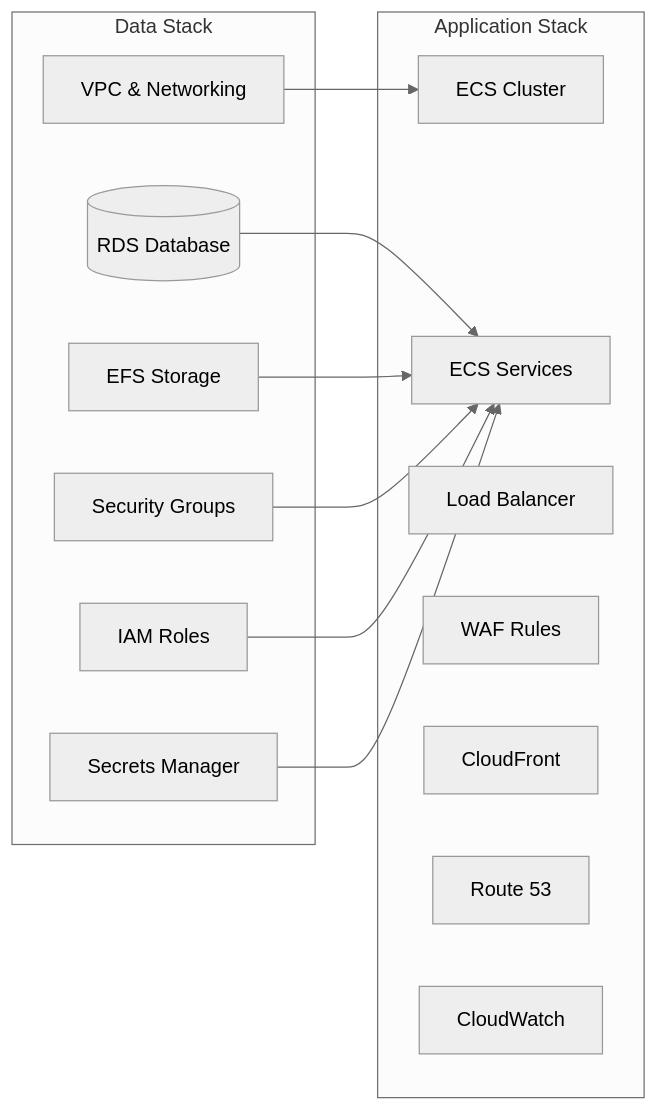
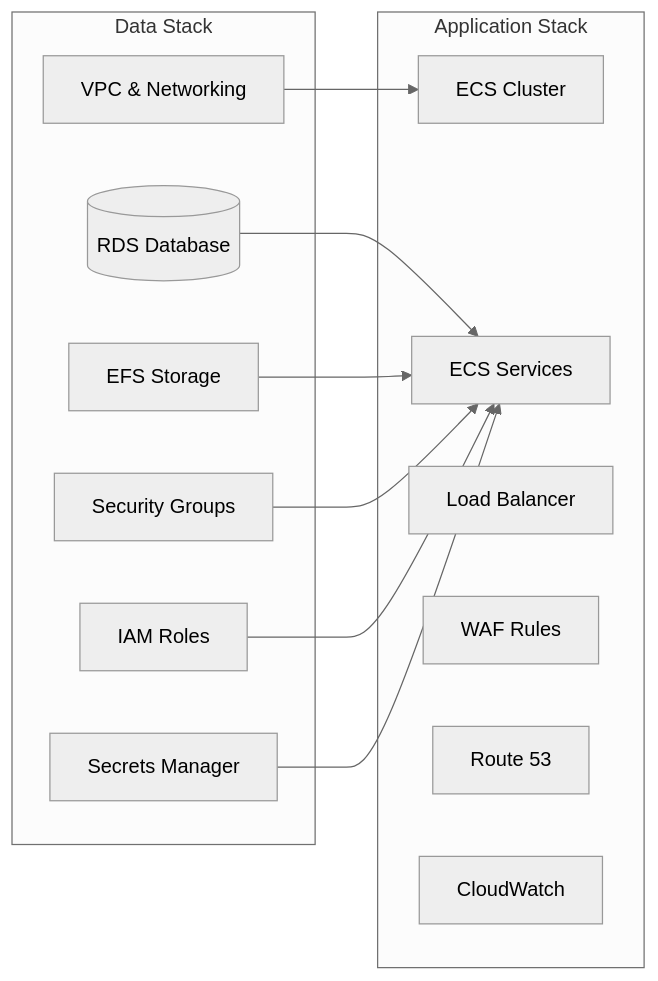
The second of 3 diagrams in docs/system/platforms/AWS.md (The-AI-Alliance/semiont), drawn with Mermaid (neutral theme) before and after one commit. The commit also changed other lines of this file and 21 other files, not shown here.

````diff
--- a/docs/system/platforms/AWS.md
+++ b/docs/system/platforms/AWS.md
@@ -72,28 +63,27 @@
 ```mermaid
 graph LR
     subgraph "Data Stack"
         VPC[VPC & Networking]
         RDS2[(RDS Database)]
         EFS2[EFS Storage]
         SEC[Security Groups]
         IAM[IAM Roles]
         SM2[Secrets Manager]
     end
 
     subgraph "Application Stack"
         ECS[ECS Cluster]
         SVCS[ECS Services]
         ALB2[Load Balancer]
         WAF2[WAF Rules]
-        CF2[CloudFront]
         R53[Route 53]
         CW2[CloudWatch]
     end
 
     VPC --> ECS
     RDS2 --> SVCS
     EFS2 --> SVCS
     SEC --> SVCS
     IAM --> SVCS
     SM2 --> SVCS
 ```
````
